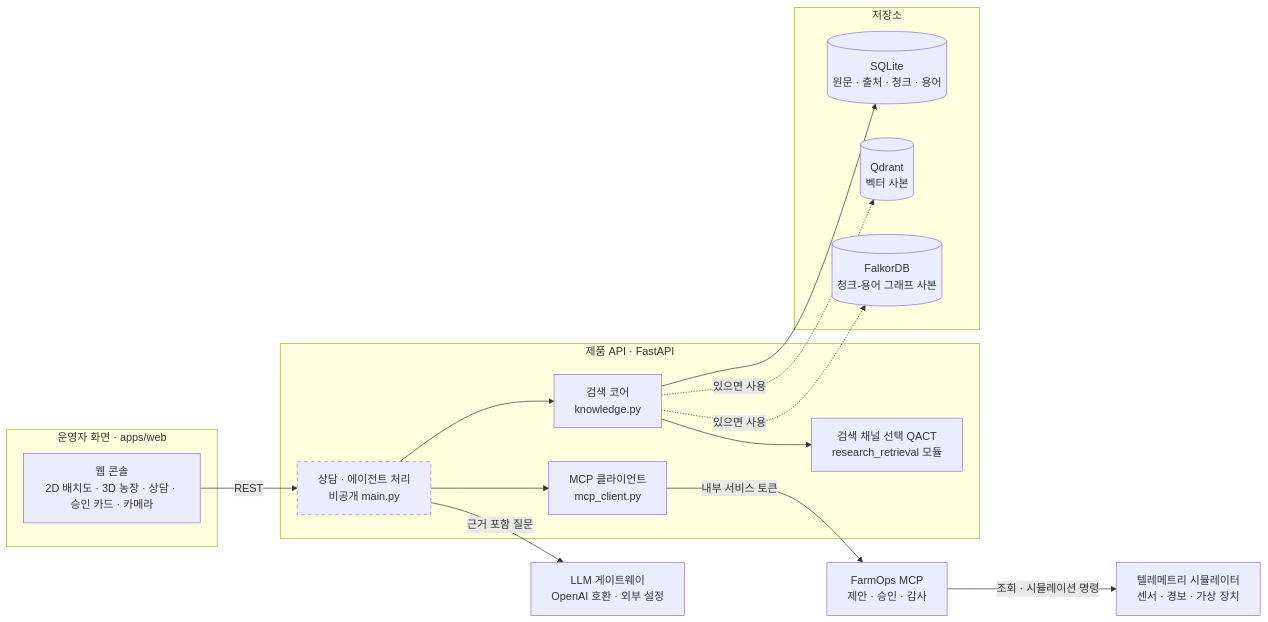
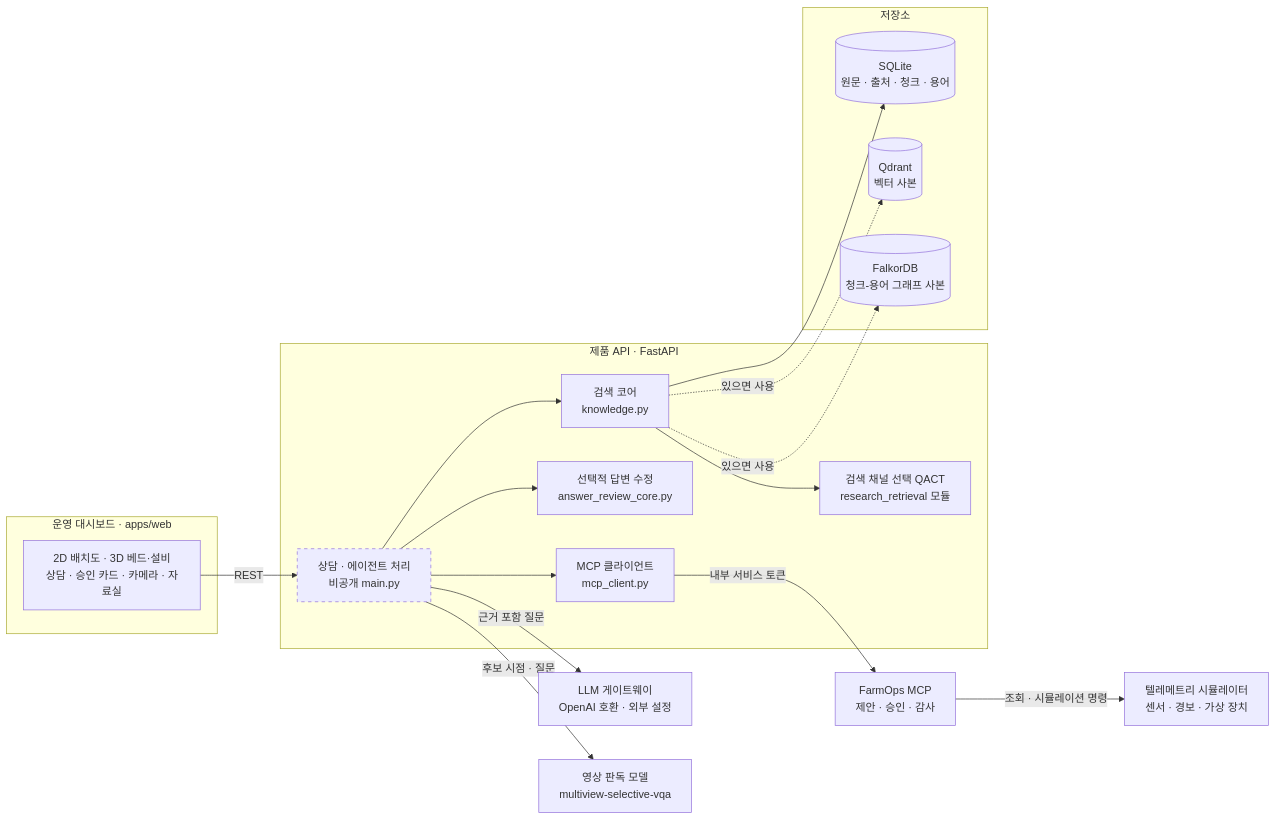
Before and after one commit to NAMUORI00/smartfarm-adaptive-rag: the first of 5 diagrams in README.md, drawn with Mermaid. The commit also changed other lines of this file and 11 other files, not shown here.

````diff
--- a/README.md
+++ b/README.md
@@ -69,37 +78,41 @@
 ```mermaid
 flowchart LR
-    subgraph CLIENT["운영자 화면 · apps/web"]
-        WEB["웹 콘솔<br/>2D 배치도 · 3D 농장 · 상담 · 승인 카드 · 카메라"]
+    subgraph CLIENT["운영 대시보드 · apps/web"]
+        WEB["2D 배치도 · 3D 베드·설비<br/>상담 · 승인 카드 · 카메라 · 자료실"]
     end
 
     subgraph PRODUCT["제품 API · FastAPI"]
         ADV["상담 · 에이전트 처리<br/>비공개 main.py"]
         KS["검색 코어<br/>knowledge.py"]
         QACT["검색 채널 선택 QACT<br/>research_retrieval 모듈"]
+        SR["선택적 답변 수정<br/>answer_review_core.py"]
         MCPC["MCP 클라이언트<br/>mcp_client.py"]
     end
 
     subgraph STORES["저장소"]
         SQL[("SQLite<br/>원문 · 출처 · 청크 · 용어")]
         QD[("Qdrant<br/>벡터 사본")]
         FK[("FalkorDB<br/>청크-용어 그래프 사본")]
     end
 
     LLM["LLM 게이트웨이<br/>OpenAI 호환 · 외부 설정"]
+    VLM["영상 판독 모델<br/>multiview-selective-vqa"]
     MCP["FarmOps MCP<br/>제안 · 승인 · 감사"]
     TEL["텔레메트리 시뮬레이터<br/>센서 · 경보 · 가상 장치"]
 
     WEB -->|"REST"| ADV
     ADV --> KS
     KS --> QACT
     KS --> SQL
     KS -.->|"있으면 사용"| QD
     KS -.->|"있으면 사용"| FK
+    ADV --> SR
     ADV -->|"근거 포함 질문"| LLM
+    ADV -->|"후보 시점 · 질문"| VLM
     ADV --> MCPC
     MCPC -->|"내부 서비스 토큰"| MCP
     MCP -->|"조회 · 시뮬레이션 명령"| TEL
 
     classDef private stroke-dasharray: 5 5;
     class ADV private;
 ```
````
